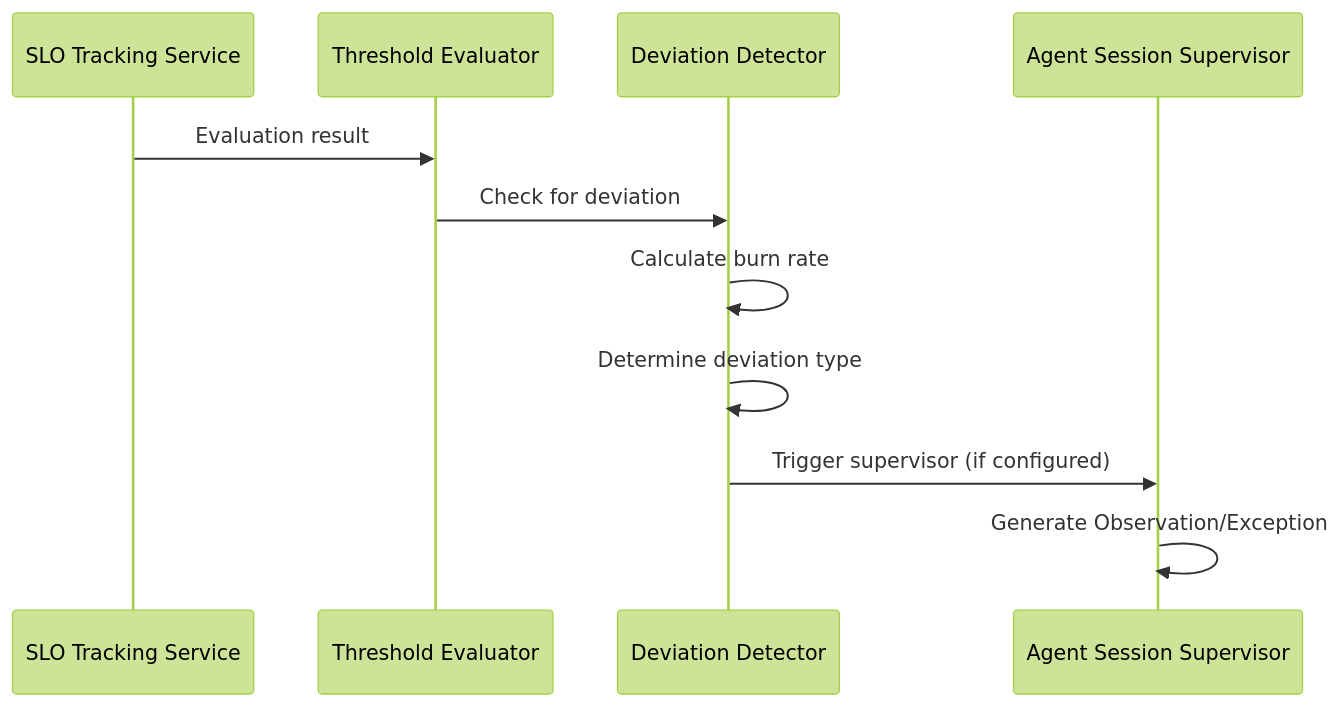
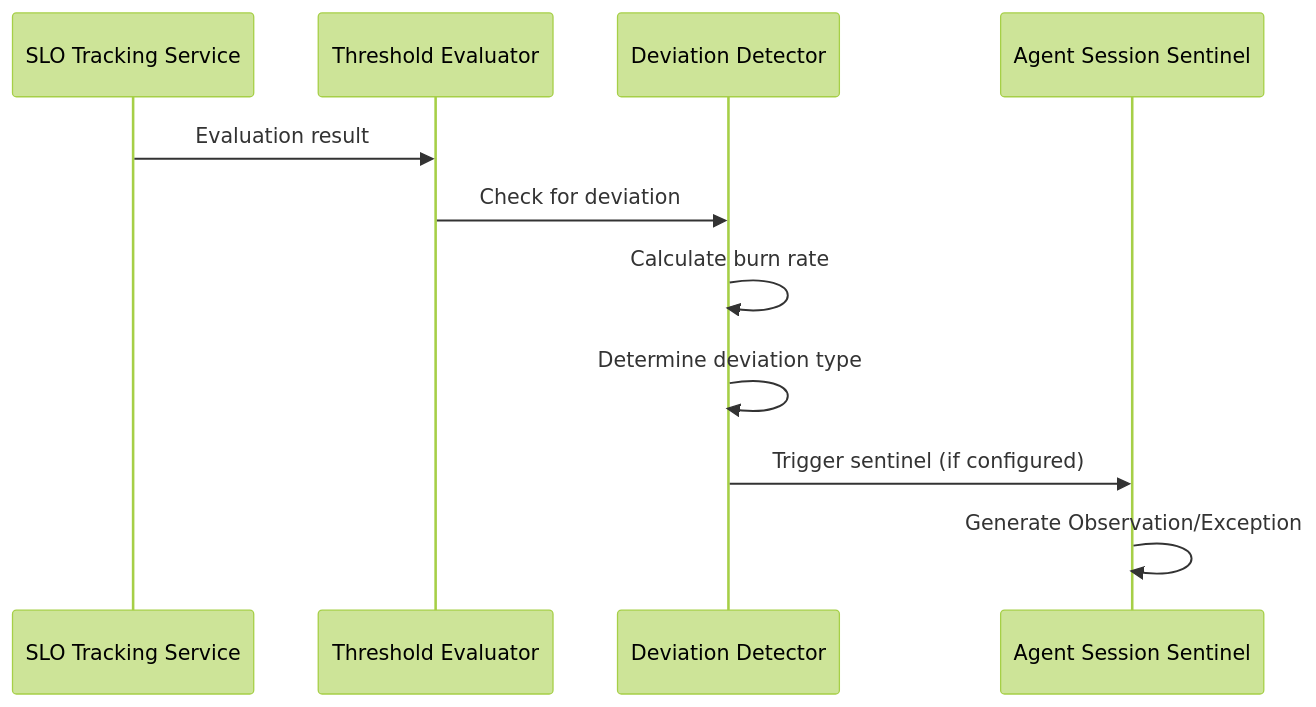
One commit to gramki/temp-website changed the fourth of 5 diagrams in olympus-seer-docs/seer-design/subsystems/agent-health-monitor/slo-tracking-service.md. Above: the diagram before and after it, drawn with Mermaid (forest theme). The commit also changed other lines of this file and 54 other files, not shown here.

````diff
--- a/olympus-seer-docs/seer-design/subsystems/agent-health-monitor/slo-tracking-service.md
+++ b/olympus-seer-docs/seer-design/subsystems/agent-health-monitor/slo-tracking-service.md
@@ -129,14 +129,14 @@
 ```mermaid
 sequenceDiagram
     participant SLOT as SLO Tracking Service
     participant Evaluator as Threshold Evaluator
     participant Detector as Deviation Detector
-    participant Supervisor as Agent Session Supervisor
+    participant Sentinel as Agent Session Sentinel
     
     SLOT->>Evaluator: Evaluation result
     Evaluator->>Detector: Check for deviation
     Detector->>Detector: Calculate burn rate
     Detector->>Detector: Determine deviation type
-    Detector->>Supervisor: Trigger supervisor (if configured)
-    Supervisor->>Supervisor: Generate Observation/Exception
+    Detector->>Sentinel: Trigger sentinel (if configured)
+    Sentinel->>Sentinel: Generate Observation/Exception
 ```
````
